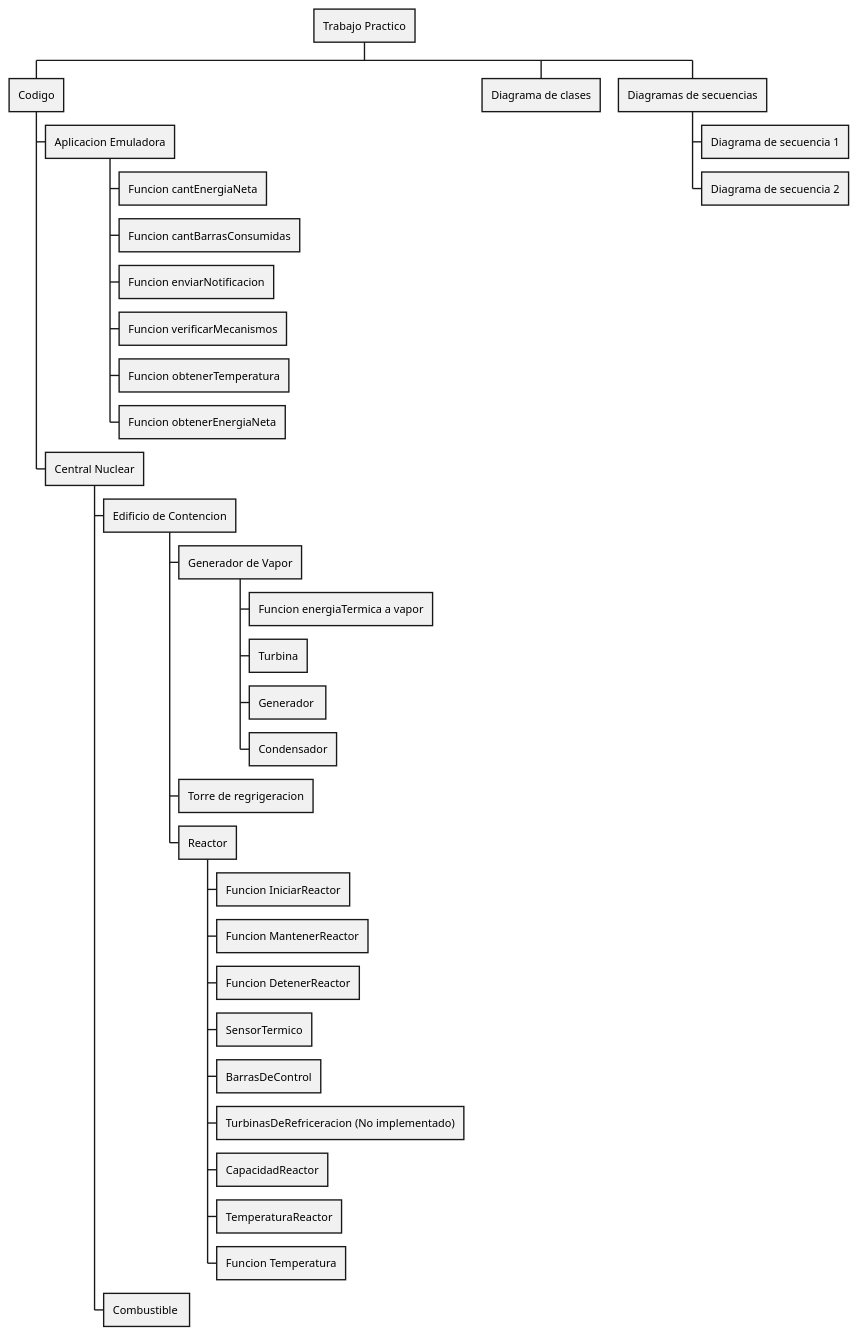
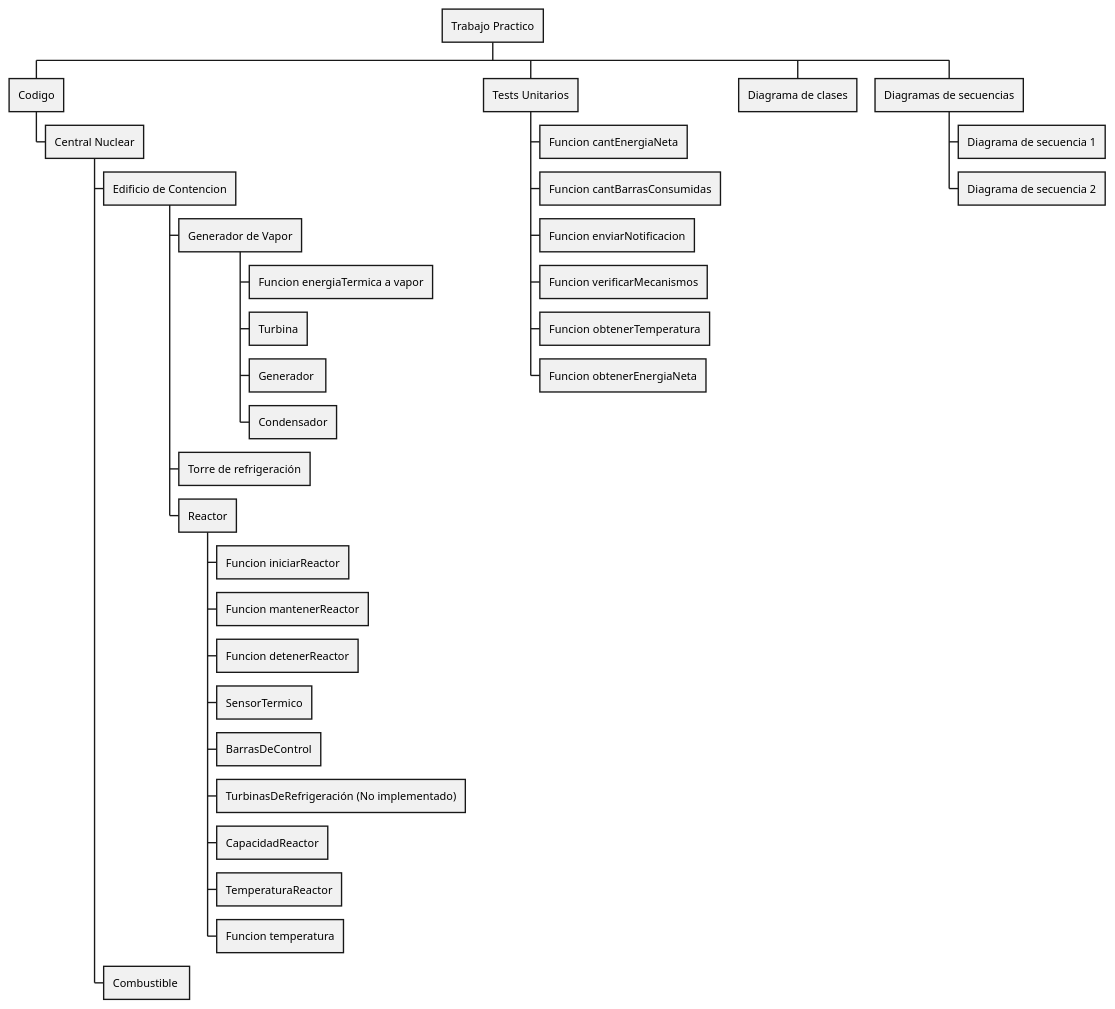
Before and after one commit to Xr60031/Laboratorio_3_Trabajo_Practico_Reactor_Nuclear: the diagram in src/Diagrama.puml, drawn with PlantUML.

Commit message:
Extensión del diagrama de desglose

```diff
--- a/src/Diagrama.puml
+++ b/src/Diagrama.puml
@@ -1,35 +1,36 @@
 @startwbs Trabajo Practico Laboratorio
 
 * Trabajo Practico
  * Codigo
-  * Aplicacion Emuladora
-   * Funcion cantEnergiaNeta
-   * Funcion cantBarrasConsumidas
-   * Funcion enviarNotificacion
-   * Funcion verificarMecanismos
-   * Funcion obtenerTemperatura
-   * Funcion obtenerEnergiaNeta
   * Central Nuclear
    * Edificio de Contencion
     * Generador de Vapor
      * Funcion energiaTermica a vapor
      * Turbina
      * Generador 
      * Condensador
-    * Torre de regrigeracion
+    * Torre de refrigeración
     * Reactor
-     * Funcion IniciarReactor
-     * Funcion MantenerReactor
-     * Funcion DetenerReactor
+     * Funcion iniciarReactor
+     * Funcion mantenerReactor
+     * Funcion detenerReactor
      * SensorTermico
      * BarrasDeControl
-     * TurbinasDeRefriceracion (No implementado)
+     * TurbinasDeRefrigeración (No implementado)
      * CapacidadReactor
      * TemperaturaReactor
-     * Funcion Temperatura
+     * Funcion temperatura
    * Combustible 
+ * Tests Unitarios
+  * Funcion cantEnergiaNeta
+  * Funcion cantBarrasConsumidas
+  * Funcion enviarNotificacion
+  * Funcion verificarMecanismos
+  * Funcion obtenerTemperatura
+  * Funcion obtenerEnergiaNeta
  * Diagrama de clases
  * Diagramas de secuencias
   * Diagrama de secuencia 1
   * Diagrama de secuencia 2
+
 @endwbs
```
